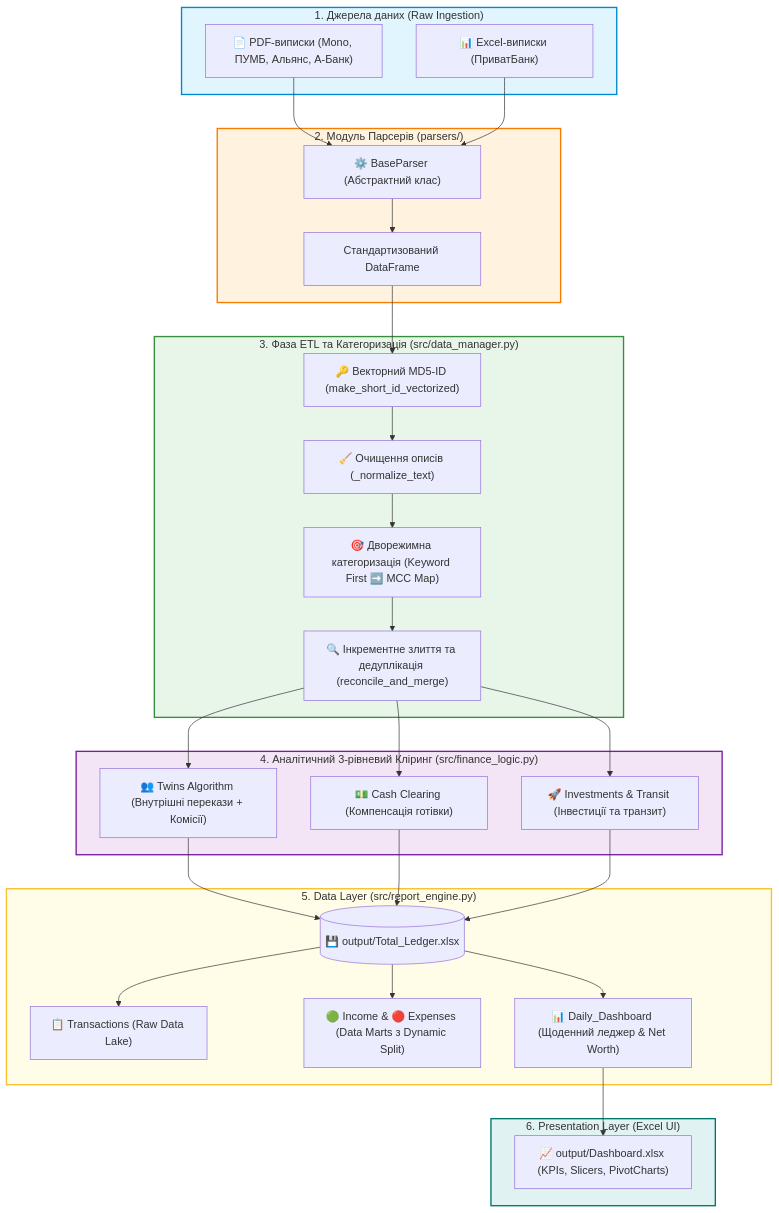
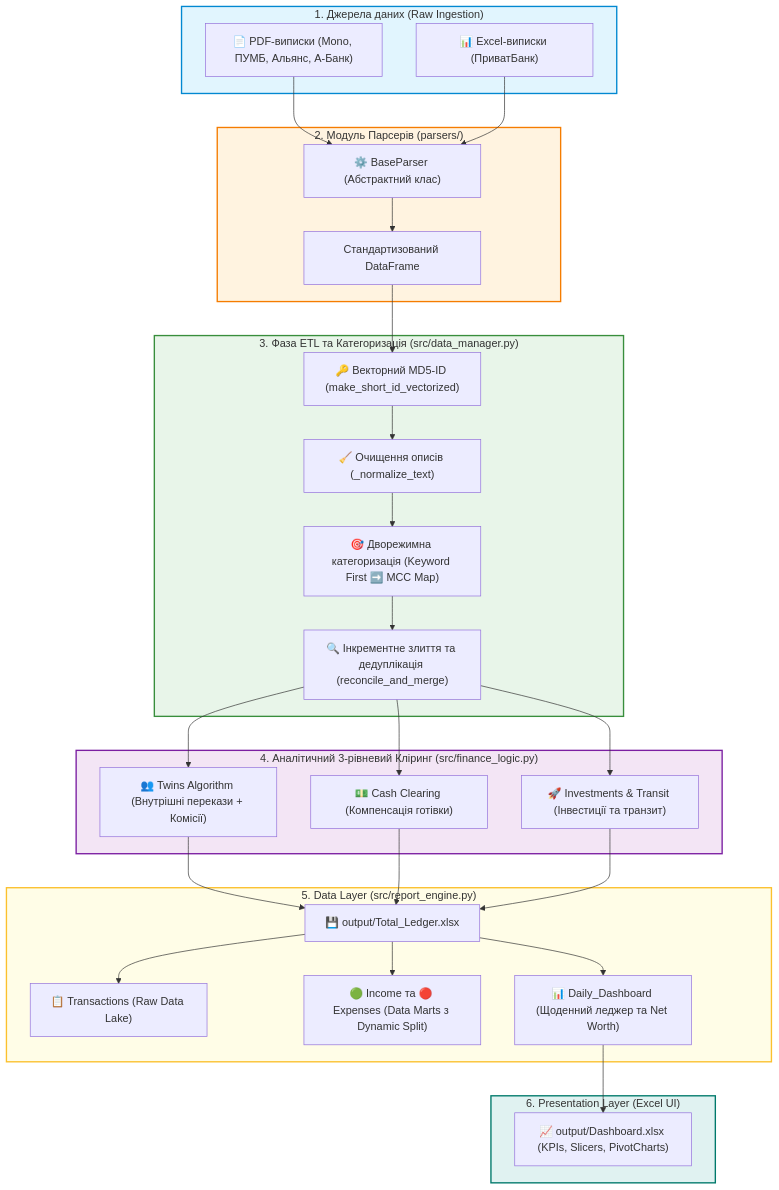
One commit to Serhii-Sid/Finance_Automation changed the diagram in Readme.md. Above: the diagram before and after it, drawn with Mermaid. The commit also changed other lines of this file and 5 other files, not shown here.

````diff
--- a/Readme.md
+++ b/Readme.md
@@ -29,45 +19,48 @@
 ```mermaid
 flowchart TD
     subgraph INGESTION["1. Джерела даних (Raw Ingestion)"]
         A1["📄 PDF-виписки (Mono, ПУМБ, Альянс, А-Банк)"]
         A2["📊 Excel-виписки (ПриватБанк)"]
     end
 
     subgraph PARSERS["2. Модуль Парсерів (parsers/)"]
         B["⚙️ BaseParser (Абстрактний клас)"]
         A1 --> B
         A2 --> B
         B --> C["Стандартизований DataFrame"]
     end
 
     subgraph ETL["3. Фаза ETL та Категоризація (src/data_manager.py)"]
         C --> D["🔑 Векторний MD5-ID (make_short_id_vectorized)"]
         D --> E["🧹 Очищення описів (_normalize_text)"]
         E --> F["🎯 Дворежимна категоризація (Keyword First ➡️ MCC Map)"]
         F --> G["🔍 Інкрементне злиття та дедуплікація (reconcile_and_merge)"]
     end
 
     subgraph CLEARING["4. Аналітичний 3-рівневий Кліринг (src/finance_logic.py)"]
         G --> H1["👥 Twins Algorithm (Внутрішні перекази + Комісії)"]
         G --> H2["💵 Cash Clearing (Компенсація готівки)"]
         G --> H3["🚀 Investments & Transit (Інвестиції та транзит)"]
     end
 
     subgraph STORAGE["5. Data Layer (src/report_engine.py)"]
-        H1 & H2 & H3 --> I[("💾 output/Total_Ledger.xlsx")]
+        H1 --> I
+        H2 --> I
+        H3 --> I
+        I["💾 output/Total_Ledger.xlsx"]
         I --> I1["📋 Transactions (Raw Data Lake)"]
-        I --> I2["🟢 Income & 🔴 Expenses (Data Marts з Dynamic Split)"]
-        I --> I3["📊 Daily_Dashboard (Щоденний леджер & Net Worth)"]
+        I --> I2["🟢 Income та 🔴 Expenses (Data Marts з Dynamic Split)"]
+        I --> I3["📊 Daily_Dashboard (Щоденний леджер та Net Worth)"]
     end
 
     subgraph PRESENTATION["6. Presentation Layer (Excel UI)"]
         I3 --> J["📈 output/Dashboard.xlsx (KPIs, Slicers, PivotCharts)"]
     end
 
     style INGESTION fill:#e1f5fe,stroke:#0288d1,stroke-width:2px
     style PARSERS fill:#fff3e0,stroke:#f57c00,stroke-width:2px
     style ETL fill:#e8f5e9,stroke:#388e3c,stroke-width:2px
     style CLEARING fill:#f3e5f5,stroke:#7b1fa2,stroke-width:2px
     style STORAGE fill:#fffde7,stroke:#fbc02d,stroke-width:2px
     style PRESENTATION fill:#e0f2f1,stroke:#00796b,stroke-width:2px
 ```
````
